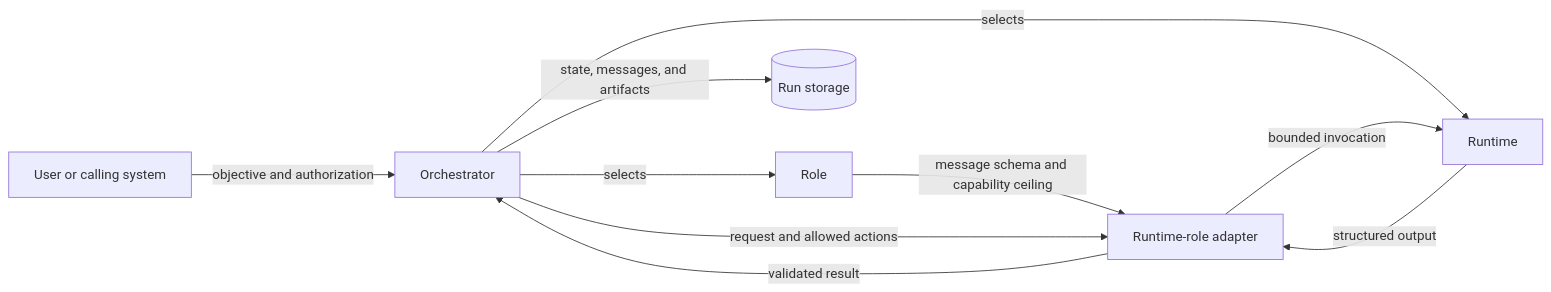
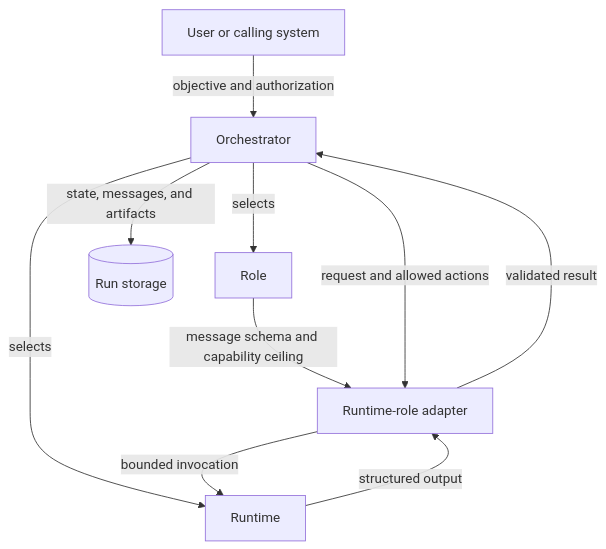
The first of 2 diagrams in docs/concepts.md (asokolsky/agent-orchestra), drawn with Mermaid before and after one commit. The commit also changed 1 other file, not shown here.

Commit message:
docs: use vertical Mermaid diagrams

````diff
--- a/docs/concepts.md
+++ b/docs/concepts.md
@@ -15,12 +15,12 @@
 ```mermaid
-flowchart LR
+flowchart TB
     caller[User or calling system] -->|objective and authorization| orchestrator[Orchestrator]
     orchestrator -->|selects| role[Role]
     orchestrator -->|selects| runtime[Runtime]
     role -->|message schema and capability ceiling| adapter[Runtime-role adapter]
     orchestrator -->|request and allowed actions| adapter
     adapter -->|bounded invocation| runtime
     runtime -->|structured output| adapter
     adapter -->|validated result| orchestrator
     orchestrator -->|state, messages, and artifacts| store[(Run storage)]
 ```
````
